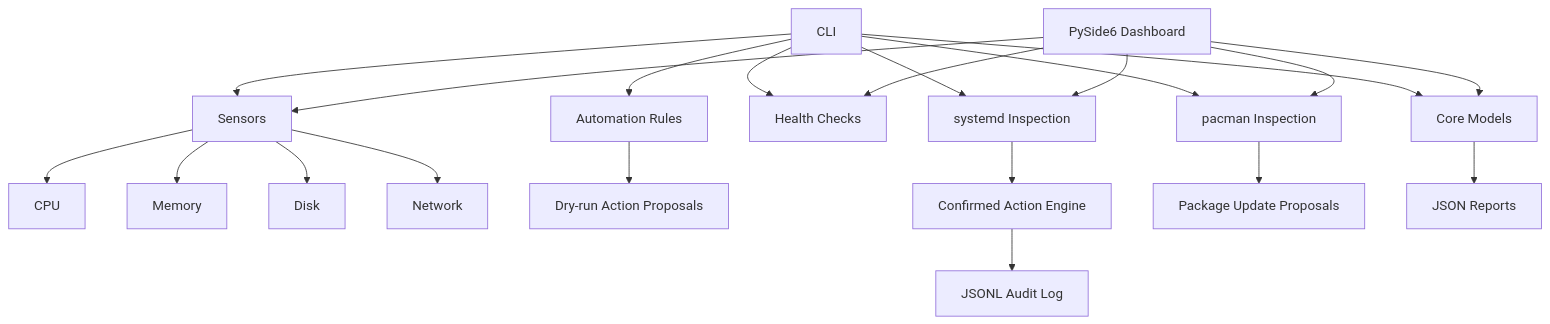
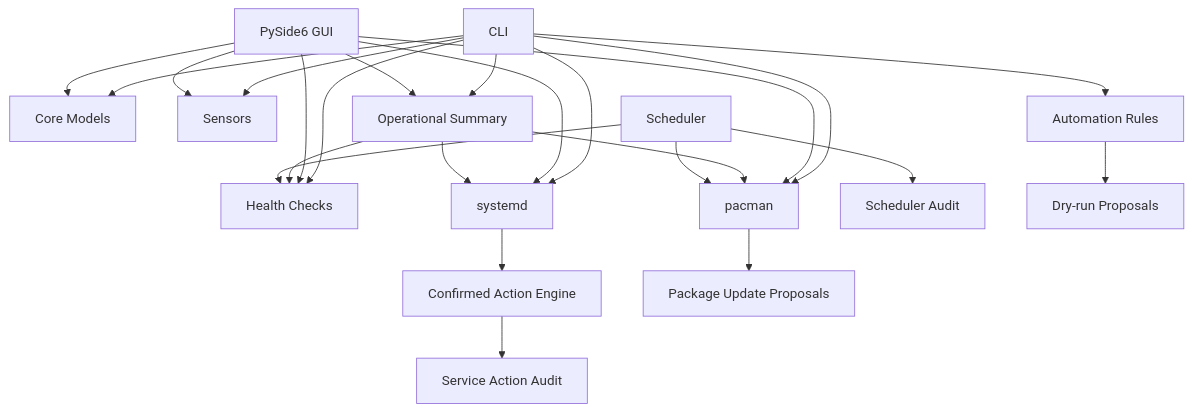
The diagram in README.md (UseBrainNoL0ve/nexus), drawn with Mermaid before and after one commit. The commit also changed other lines of this file, not shown here.

Commit message:
docs: reposition NEXUS as an operational Linux platform

````diff
--- a/README.md
+++ b/README.md
@@ -31,23 +124,26 @@
 ```mermaid
 flowchart TD
     CLI[CLI] --> CORE[Core Models]
-    GUI[PySide6 Dashboard] --> CORE
+    GUI[PySide6 GUI] --> CORE
     CLI --> SENSORS[Sensors]
     GUI --> SENSORS
     CLI --> DOCTOR[Health Checks]
     GUI --> DOCTOR
     CLI --> RULES[Automation Rules]
-    CLI --> SYSTEMD[systemd Inspection]
+    CLI --> SYSTEMD[systemd]
     GUI --> SYSTEMD
-    CLI --> PACMAN[pacman Inspection]
+    CLI --> PACMAN[pacman]
     GUI --> PACMAN
-    SENSORS --> CPU[CPU]
-    SENSORS --> MEM[Memory]
-    SENSORS --> DISK[Disk]
-    SENSORS --> NET[Network]
-    RULES --> PLAN[Dry-run Action Proposals]
+    CLI --> SUMMARY[Operational Summary]
+    GUI --> SUMMARY
+    SUMMARY --> DOCTOR
+    SUMMARY --> SYSTEMD
+    SUMMARY --> PACMAN
+    SCHED[Scheduler] --> DOCTOR
+    SCHED --> PACMAN
+    SCHED --> SAUDIT[Scheduler Audit]
+    RULES --> PLAN[Dry-run Proposals]
     SYSTEMD --> ACTIONS[Confirmed Action Engine]
     PACMAN --> PACKAGE_PLAN[Package Update Proposals]
-    ACTIONS --> AUDIT[JSONL Audit Log]
-    CORE --> REPORT[JSON Reports]
+    ACTIONS --> AUDIT[Service Action Audit]
 ```
````
